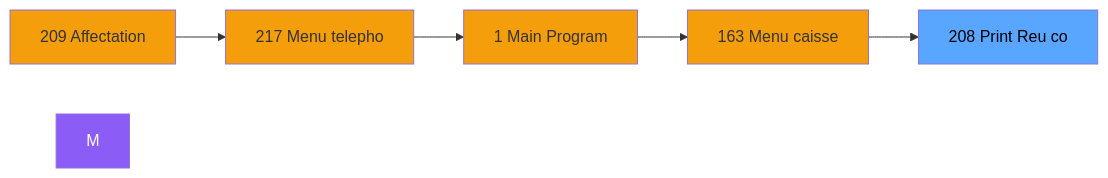
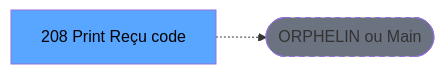
Before and after one commit to thonyAGP/lecteur-magic: the second of 3 diagrams in .openspec/renders/ADH-IDE-208.md, drawn with Mermaid. The commit also changed other lines of this file and 701 other files, not shown here.

````diff
--- a/.openspec/renders/ADH-IDE-208.md
+++ b/.openspec/renders/ADH-IDE-208.md
@@ -111,18 +118,8 @@
 ```mermaid
 graph LR
-    N209[209 Affectation ]
-    N217[217 Menu telepho]
-    N1[1 Main Program]
-    N163[163 Menu caisse ]
-    T[208 Print Reu co]
-    N209 --> N217
-    N217 --> N1
-    N1 --> N163
-    N163 --> T
-    style M fill:#8b5cf6,color:#fff
-    style N209 fill:#f59e0b
-    style N217 fill:#f59e0b
-    style N1 fill:#f59e0b
-    style N163 fill:#f59e0b
+    T[208 Print Reçu code]
+    ORPHAN([ORPHELIN ou Main])
+    T -.-> ORPHAN
     style T fill:#58a6ff,color:#000
+    style ORPHAN fill:#6b7280,stroke-dasharray: 5 5
 ```
````
